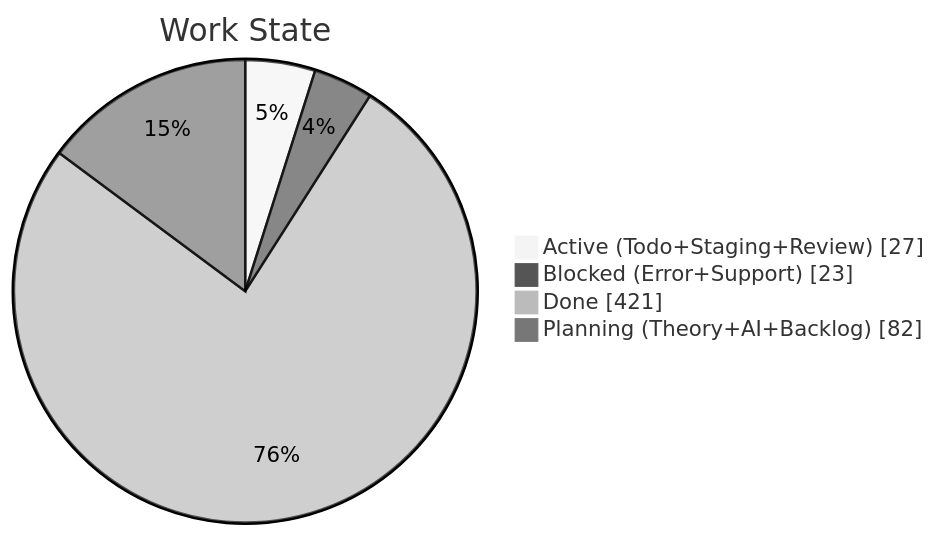
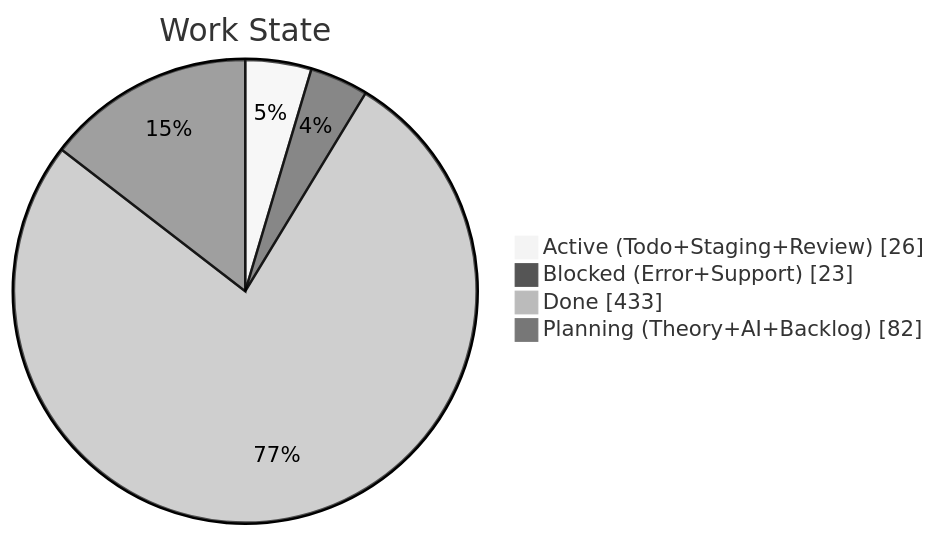
One commit to KBVE/kbve changed the second of 4 diagrams in apps/kbve/astro-kbve/src/content/docs/dashboard/kanban-data.mdx. Above: the diagram before and after it, drawn with Mermaid (neutral theme). The commit also changed other lines of this file and 2 other files, not shown here.

````diff
--- a/apps/kbve/astro-kbve/src/content/docs/dashboard/kanban-data.mdx
+++ b/apps/kbve/astro-kbve/src/content/docs/dashboard/kanban-data.mdx
@@ -204,8 +204,8 @@
 ```mermaid
 pie showData
     title Work State
-    "Active (Todo+Staging+Review)" : 27
+    "Active (Todo+Staging+Review)" : 26
     "Blocked (Error+Support)" : 23
-    "Done" : 421
+    "Done" : 433
     "Planning (Theory+AI+Backlog)" : 82
 ```
````
